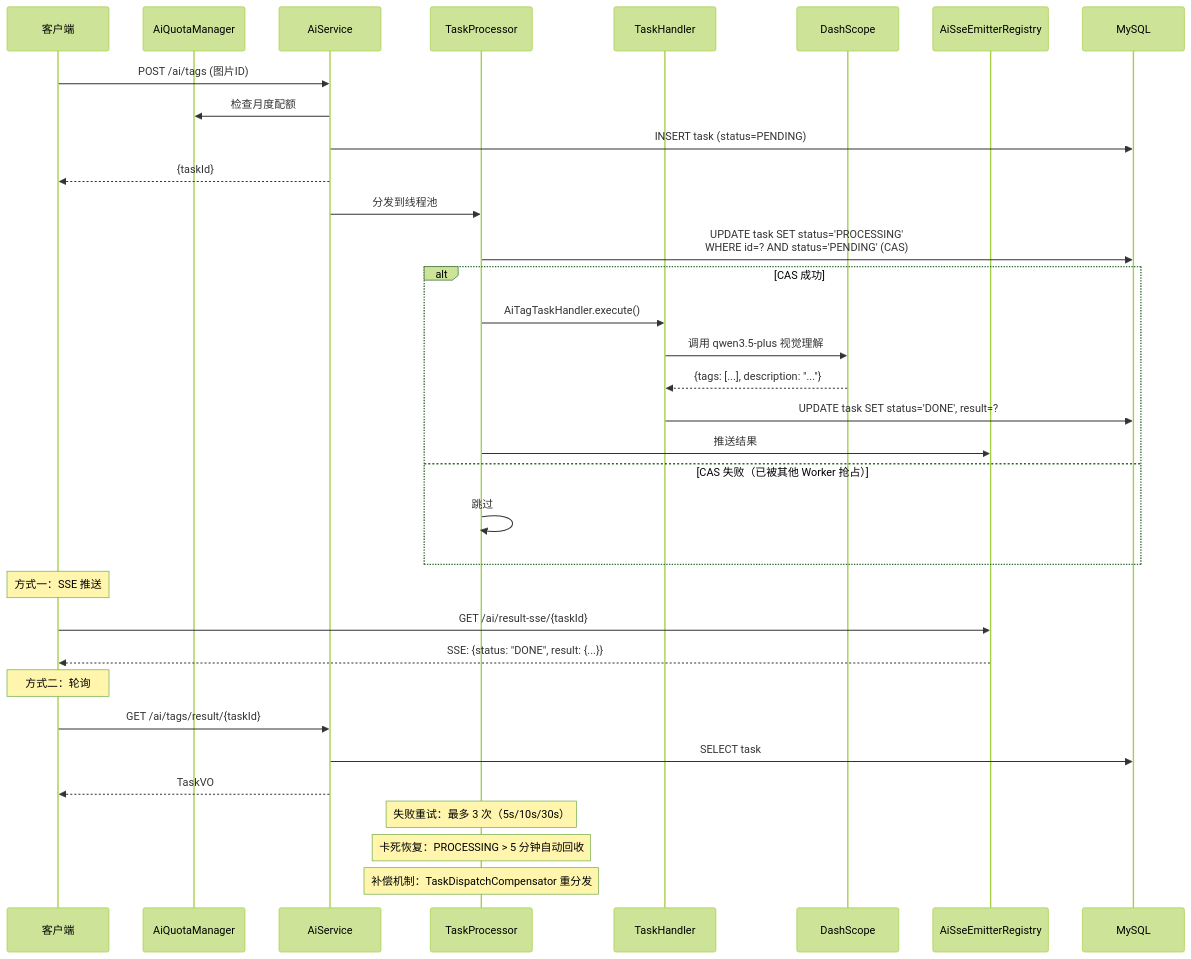
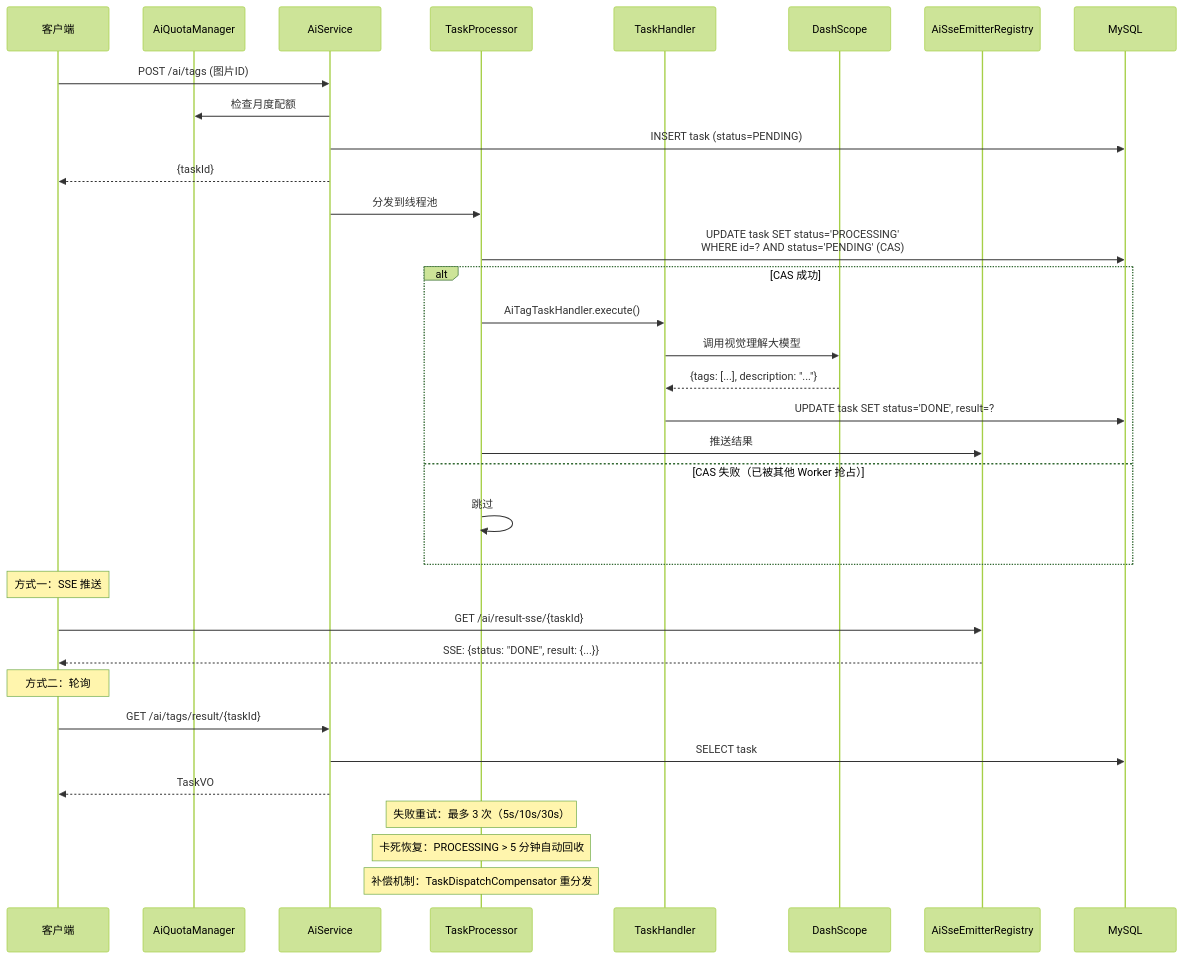
One commit to FishDuM/AI.Image.Material.Collaboration.Platform changed the sixth of 8 diagrams in model/uml_diagrams.md. Above: the diagram before and after it, drawn with Mermaid (forest theme). The commit also changed other lines of this file and 155 other files, not shown here.

````diff
--- a/model/uml_diagrams.md
+++ b/model/uml_diagrams.md
@@ -642,41 +642,41 @@
 ```mermaid
 sequenceDiagram
     participant C as 客户端
     participant AQ as AiQuotaManager
     participant A as AiService
     participant T as TaskProcessor
     participant H as TaskHandler
     participant AI as DashScope
     participant SSE as AiSseEmitterRegistry
     participant DB as MySQL
 
     C->>A: POST /ai/tags (图片ID)
     A->>AQ: 检查月度配额
     A->>DB: INSERT task (status=PENDING)
     A-->>C: {taskId}
     A->>T: 分发到线程池
 
     T->>DB: UPDATE task SET status='PROCESSING'<br/>WHERE id=? AND status='PENDING' (CAS)
     alt CAS 成功
         T->>H: AiTagTaskHandler.execute()
-        H->>AI: 调用 qwen3.5-plus 视觉理解
+        H->>AI: 调用视觉理解大模型
         AI-->>H: {tags: [...], description: "..."}
         H->>DB: UPDATE task SET status='DONE', result=?
         T->>SSE: 推送结果
     else CAS 失败（已被其他 Worker 抢占）
         T->>T: 跳过
     end
 
     Note over C: 方式一：SSE 推送
     C->>SSE: GET /ai/result-sse/{taskId}
     SSE-->>C: SSE: {status: "DONE", result: {...}}
 
     Note over C: 方式二：轮询
     C->>A: GET /ai/tags/result/{taskId}
     A->>DB: SELECT task
     A-->>C: TaskVO
 
     Note over T: 失败重试：最多 3 次（5s/10s/30s）
     Note over T: 卡死恢复：PROCESSING > 5 分钟自动回收
     Note over T: 补偿机制：TaskDispatchCompensator 重分发
 ```
````
